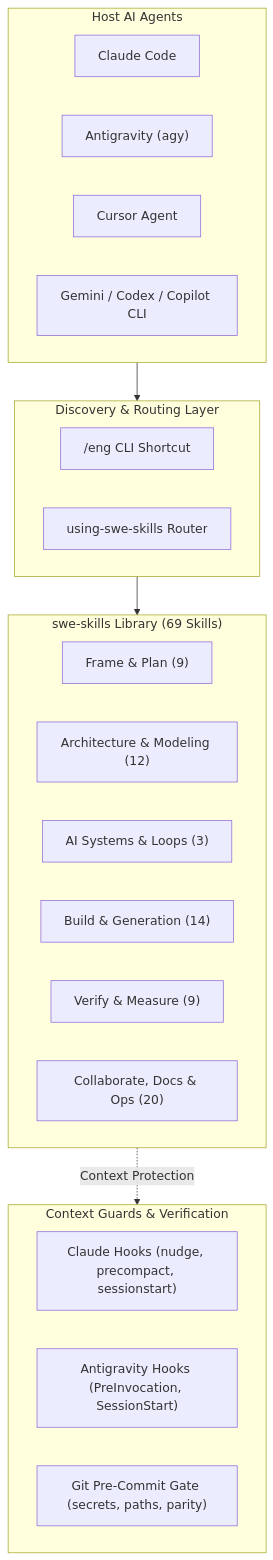
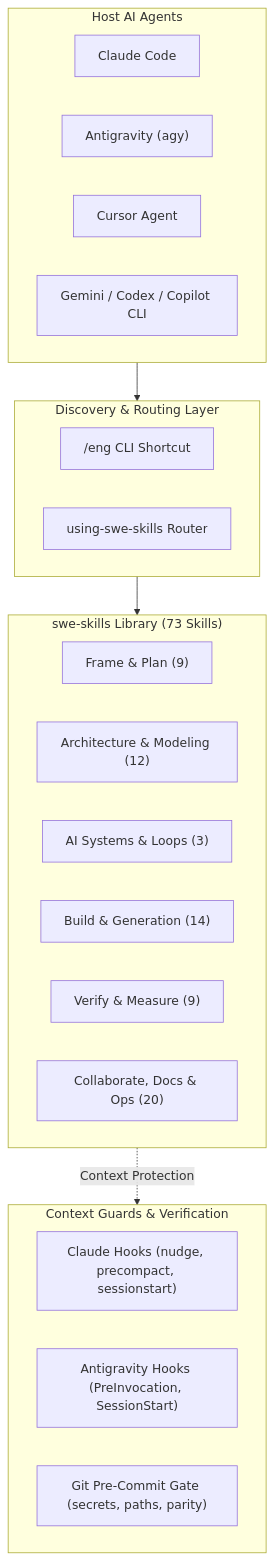
Before and after one commit to bsommers/swe-skills-2: the diagram in docs/usermanual/README.md, drawn with Mermaid. The commit also changed 27 other files, not shown here.

````diff
--- a/docs/usermanual/README.md
+++ b/docs/usermanual/README.md
@@ -36,33 +36,33 @@
 ```mermaid
 flowchart TD
     subgraph AgentHosts["Host AI Agents"]
         Claude["Claude Code"]
         Agy["Antigravity (agy)"]
         Cursor["Cursor Agent"]
         Other["Gemini / Codex / Copilot CLI"]
     end
 
     subgraph RouterLayer["Discovery & Routing Layer"]
         Eng["/eng CLI Shortcut"]
         UsingSwe["using-swe-skills Router"]
     end
 
-    subgraph SkillSuite["swe-skills Library (69 Skills)"]
+    subgraph SkillSuite["swe-skills Library (73 Skills)"]
         Plan["Frame & Plan (9)"]
         Arch["Architecture & Modeling (12)"]
         AI["AI Systems & Loops (3)"]
         Build["Build & Generation (14)"]
         Verify["Verify & Measure (9)"]
         Ops["Collaborate, Docs & Ops (20)"]
     end
 
     subgraph RuntimeHooks["Context Guards & Verification"]
         ClaudeHooks["Claude Hooks (nudge, precompact, sessionstart)"]
         AgyHooks["Antigravity Hooks (PreInvocation, SessionStart)"]
         GitHooks["Git Pre-Commit Gate (secrets, paths, parity)"]
     end
 
     AgentHosts --> RouterLayer
     RouterLayer --> SkillSuite
     SkillSuite -. Context Protection .-> RuntimeHooks
 ```
````
